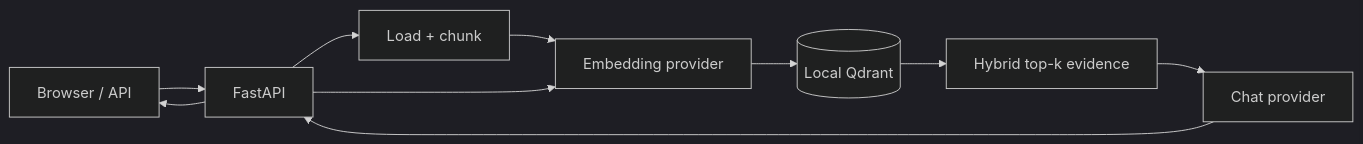
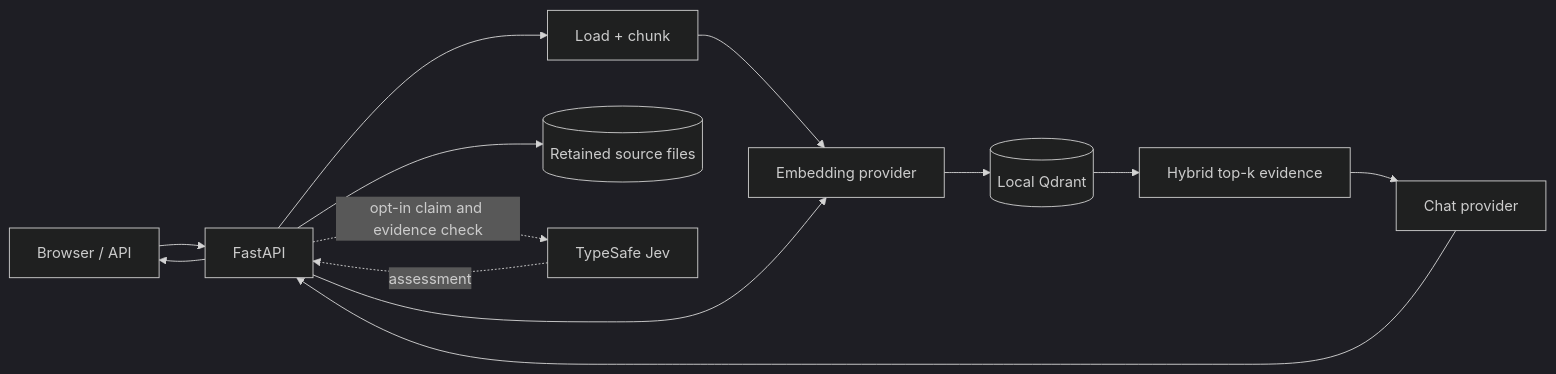
One commit to Sanjaysrinivas/context-foundry changed the diagram in README.md. Above: the diagram before and after it, drawn with Mermaid (dark theme). The commit also changed other lines of this file and 6 other files, not shown here.

````diff
--- a/README.md
+++ b/README.md
@@ -25,12 +27,15 @@
 ```mermaid
 flowchart LR
     U[Browser / API] --> A[FastAPI]
     A --> I[Load + chunk]
     I --> EP[Embedding provider]
     EP --> Q[(Local Qdrant)]
+    A --> S[(Retained source files)]
     A --> EP
     Q --> R[Hybrid top-k evidence]
     R --> CP[Chat provider]
     CP --> A
+    A -. opt-in claim and evidence check .-> J[TypeSafe Jev]
+    J -. assessment .-> A
     A --> U
 ```
````
